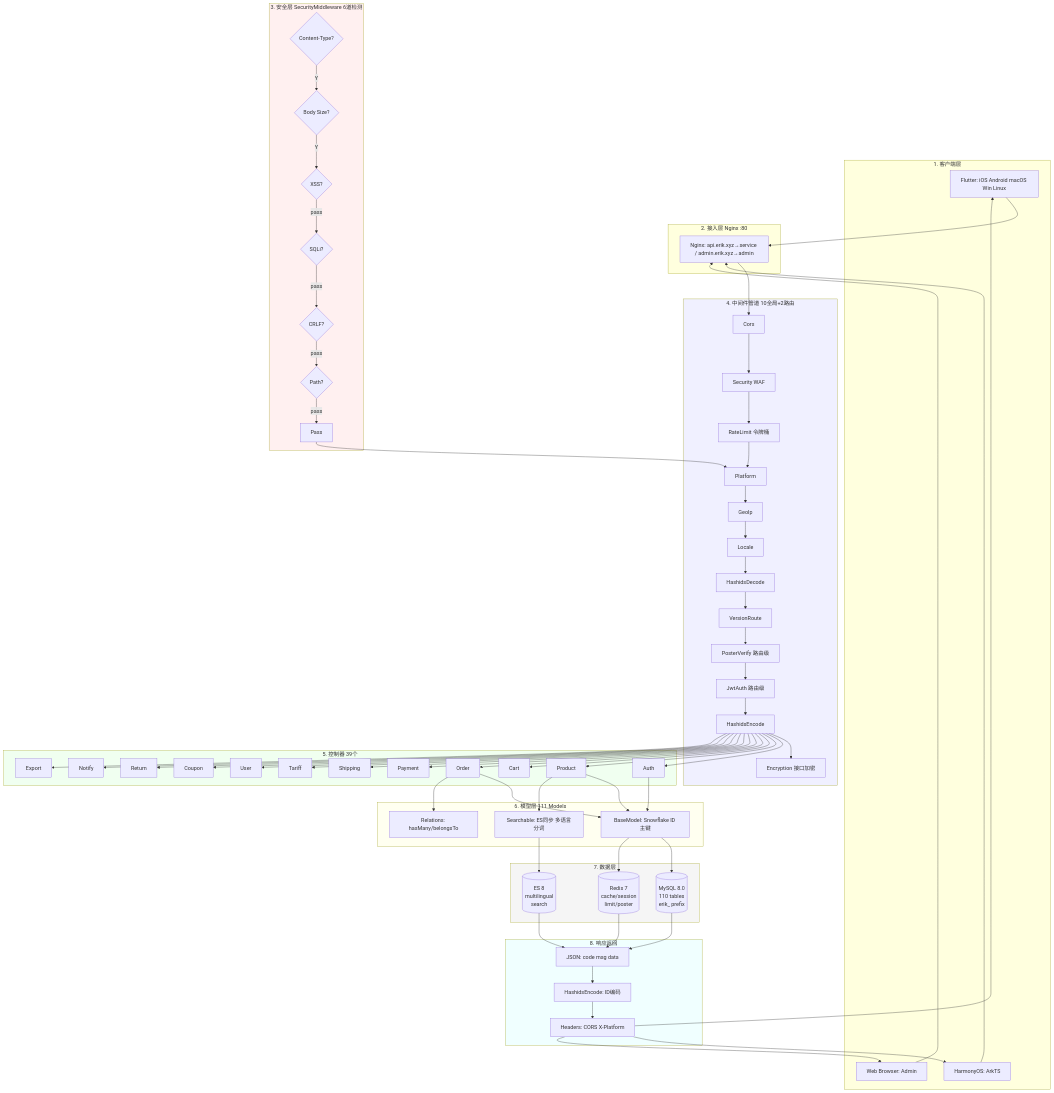
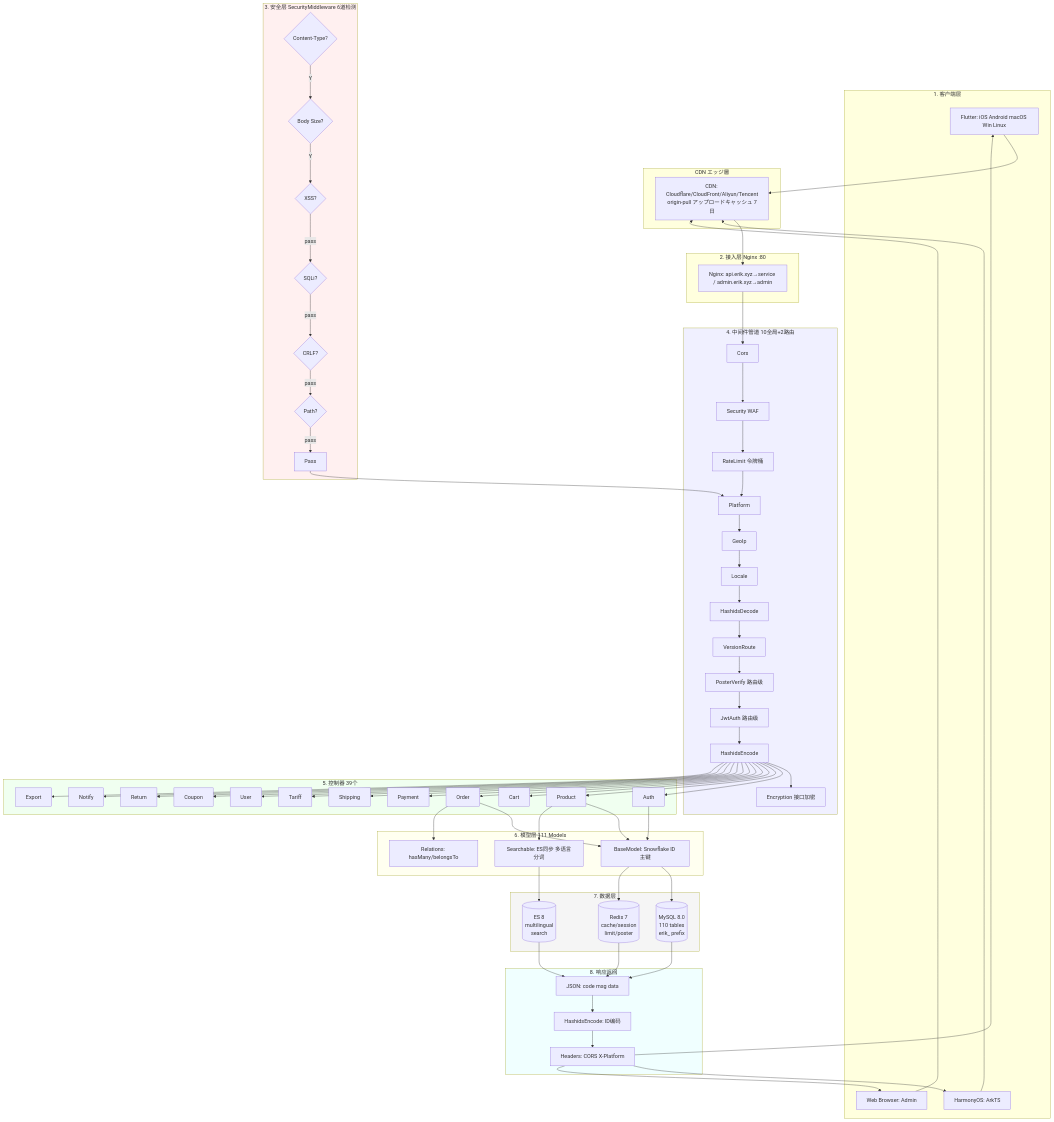
Before and after one commit to erikwang2013/erik-shop: the second of 6 diagrams in docs/i18n/ja/architecture-full.md, drawn with Mermaid. The commit also changed other lines of this file and 191 other files, not shown here.

First line of the commit message:
v1.2.0：CDN 内容分发接入（Origin-Pull 回源 + 四大云厂商适配 + 管理端配置/刷新/日志 + 上传持久化 + 全文档与12语言i18n同步 + Crypto 捐赠图文入库）

````diff
--- a/docs/i18n/ja/architecture-full.md
+++ b/docs/i18n/ja/architecture-full.md
@@ -71,73 +75,77 @@
 ```mermaid
 graph TB
     subgraph Clients["1. 客户端层"]
         FL[Flutter: iOS Android macOS Win Linux]
         HM[HarmonyOS: ArkTS]
         WB[Web Browser: Admin]
+    end
+    subgraph CDNEdge["CDN エッジ層"]
+        CDN2[CDN: Cloudflare/CloudFront/Aliyun/Tencent<br/>origin-pull アップロードキャッシュ 7日]
     end
     subgraph Gateway["2. 接入层 Nginx :80"]
         NG[Nginx: api.erik.xyz→service / admin.erik.xyz→admin]
     end
     subgraph Security["3. 安全层 SecurityMiddleware 6道检测"]
         CT{Content-Type?} -->|Y| BS{Body Size?}
         BS -->|Y| XS{XSS?}
         XS -->|pass| SQ{SQLi?}
         SQ -->|pass| CR{CRLF?}
         CR -->|pass| PT{Path?}
         PT -->|pass| PASS[Pass]
     end
     subgraph Pipeline["4. 中间件管道 10全局+2路由"]
         CORS[Cors] --> SEC[Security WAF]
         SEC --> RATE[RateLimit 令牌桶]
         RATE --> PLAT[Platform]
         PLAT --> GEO[GeoIp]
         GEO --> LOC[Locale]
         LOC --> HDEC[HashidsDecode]
         HDEC --> VER[VersionRoute]
         VER --> POSTV[PosterVerify 路由级]
         POSTV --> JWT[JwtAuth 路由级]
         JWT --> HENC[HashidsEncode]
         HENC --> ENC[Encryption 接口加密]
     end
     subgraph Controllers["5. 控制器 39个"]
         AUTH[Auth] & PROD[Product] & CART[Cart]
         ORD[Order] & PAY[Payment] & SHIP[Shipping]
         TARI[Tariff] & USER[User] & COUP[Coupon]
         RET[Return] & NOTI[Notify] & EXPORT[Export]
     end
     subgraph Models["6. 模型层 111 Models"]
         BM[BaseModel: Snowflake ID 主键]
         REL[Relations: hasMany/belongsTo]
         SRCH[Searchable: ES同步 多语言分词]
     end
     subgraph Data["7. 数据层"]
         MySQL[(MySQL 8.0<br/>110 tables<br/>erik_ prefix)]
         Redis[(Redis 7<br/>cache/session<br/>limit/poster)]
         ES[(ES 8<br/>multilingual<br/>search)]
     end
     subgraph Response["8. 响应返回"]
         JSON[JSON: code msg data]
         OUTENC[HashidsEncode: ID编码]
         HEADERS[Headers: CORS X-Platform]
     end
 
-    FL & HM & WB --> NG
+    FL & HM & WB --> CDN2
+    CDN2 --> NG
     NG --> CORS
     PASS --> PLAT
     HENC --> AUTH & PROD & CART & ORD & PAY & SHIP & TARI & USER & COUP & RET & NOTI & EXPORT
     AUTH & PROD & ORD --> BM
     ORD --> REL
     PROD --> SRCH
     BM --> MySQL & Redis
     SRCH --> ES
     MySQL & Redis & ES --> JSON
     JSON --> OUTENC --> HEADERS
     HEADERS --> FL & HM & WB
 
     style Security fill:#fff0f0
     style Pipeline fill:#f0f0ff
     style Controllers fill:#f0fff0
     style Models fill:#fffff0
     style Data fill:#f5f5f5
     style Response fill:#f0ffff
 ```
````
